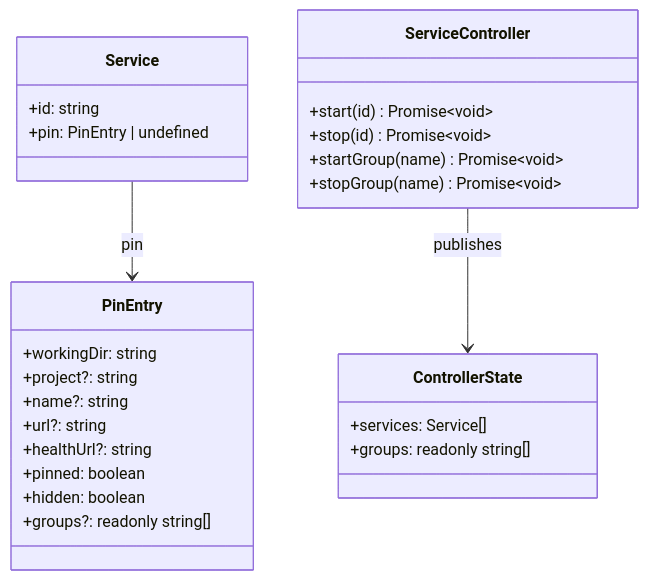
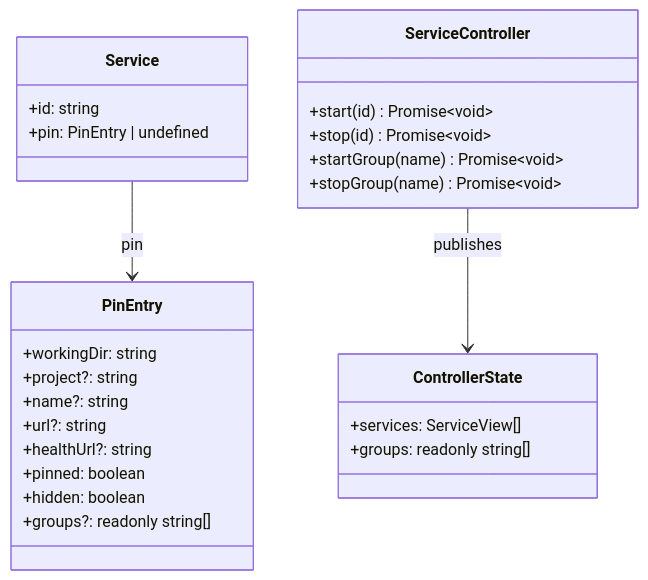
The diagram in docs/architecture/diagrams/groups/03-class.md (benoit-bremaud/dock-n-roll), drawn with Mermaid before and after one commit. The commit also changed 11 other files, not shown here.

````diff
--- a/docs/architecture/diagrams/groups/03-class.md
+++ b/docs/architecture/diagrams/groups/03-class.md
@@ -7,29 +7,29 @@
 ```mermaid
 classDiagram
   class PinEntry {
     +workingDir: string
     +project?: string
     +name?: string
     +url?: string
     +healthUrl?: string
     +pinned: boolean
     +hidden: boolean
     +groups?: readonly string[]
   }
   class Service {
     +id: string
     +pin: PinEntry | undefined
   }
   class ServiceController {
     +start(id) Promise~void~
     +stop(id) Promise~void~
     +startGroup(name) Promise~void~
     +stopGroup(name) Promise~void~
   }
   class ControllerState {
-    +services: Service[]
+    +services: ServiceView[]
     +groups: readonly string[]
   }
   Service --> PinEntry : pin
   ServiceController --> ControllerState : publishes
 ```
````
